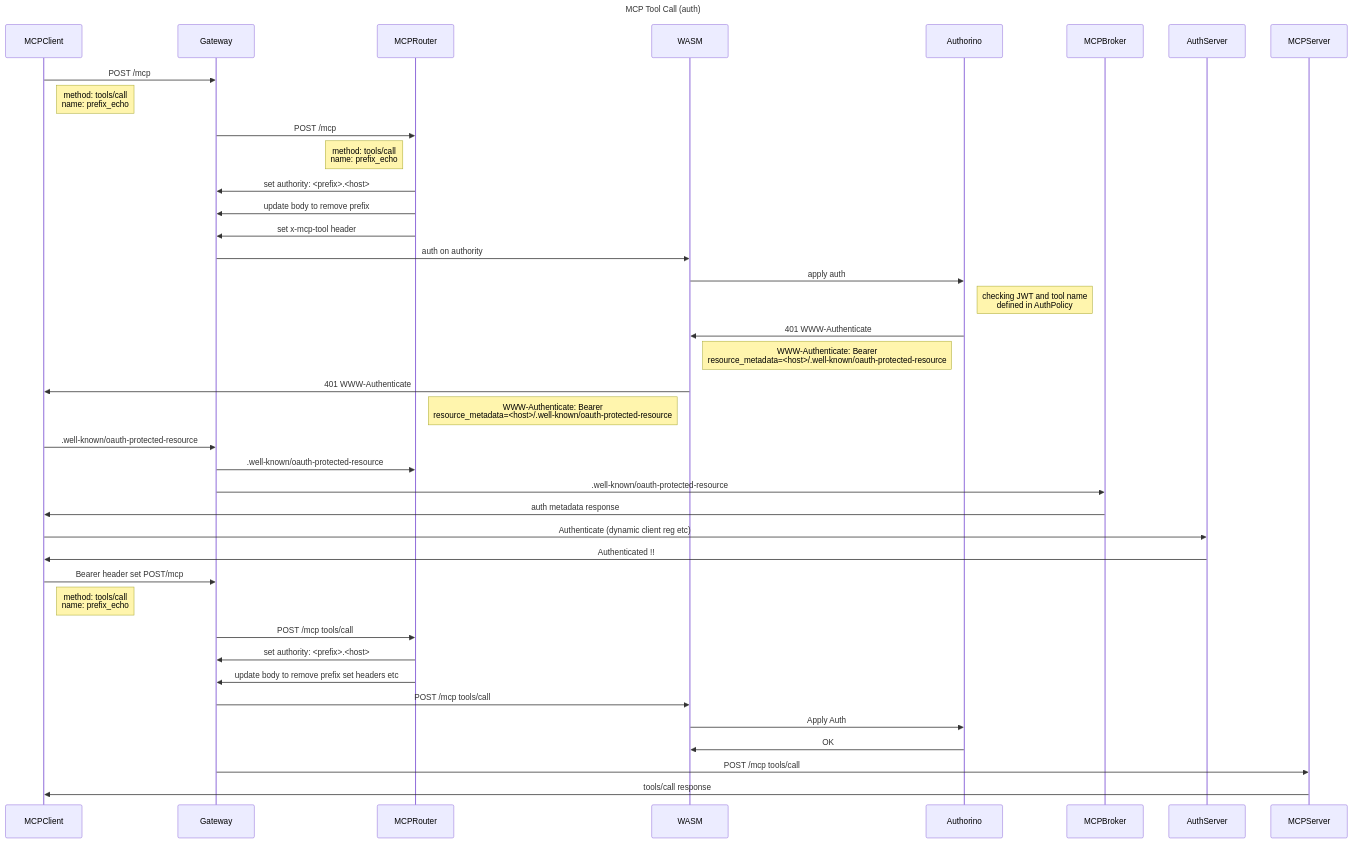
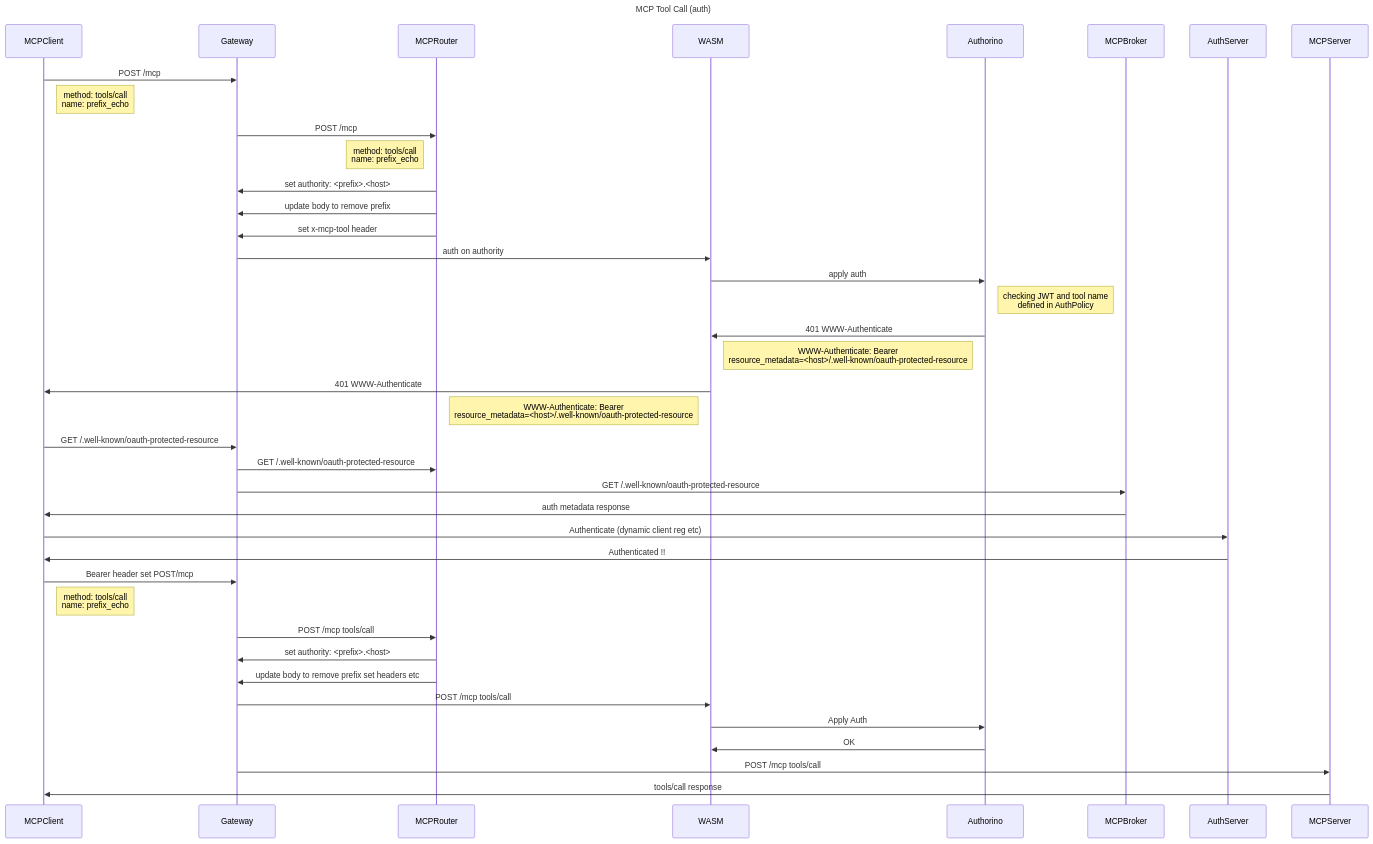
One commit to Kuadrant/mcp-gateway changed the seventh of 7 diagrams in docs/design/flows.md. Above: the diagram before and after it, drawn with Mermaid. The commit also changed 2 other files, not shown here.

Commit message:
docs: address PR review follow-ups

````diff
--- a/docs/design/flows.md
+++ b/docs/design/flows.md
@@ -177,34 +177,34 @@
 ```mermaid
 sequenceDiagram
         title MCP Tool Call (auth)
         MCPClient->>Gateway: POST /mcp
         note right of MCPClient: method: tools/call <br/> name: prefix_echo
         Gateway->>MCPRouter: POST /mcp
         note left of MCPRouter: method: tools/call <br/> name: prefix_echo
         MCPRouter->>Gateway: set authority: <prefix>.<host>
         MCPRouter->>Gateway: update body to remove prefix
         MCPRouter->>Gateway: set x-mcp-tool header
         Gateway->>WASM: auth on authority
         WASM->>Authorino: apply auth
         note right of Authorino: checking JWT and tool name <br/> defined in AuthPolicy
         Authorino->>WASM: 401 WWW-Authenticate
         note left of Authorino: WWW-Authenticate: Bearer <br/> resource_metadata=<host>/.well-known/oauth-protected-resource
         WASM->>MCPClient: 401 WWW-Authenticate
         note left of WASM: WWW-Authenticate: Bearer <br/> resource_metadata=<host>/.well-known/oauth-protected-resource
-        MCPClient->>Gateway: .well-known/oauth-protected-resource
-        Gateway->>MCPRouter: .well-known/oauth-protected-resource
-        Gateway->>MCPBroker: .well-known/oauth-protected-resource
+        MCPClient->>Gateway: GET /.well-known/oauth-protected-resource
+        Gateway->>MCPRouter: GET /.well-known/oauth-protected-resource
+        Gateway->>MCPBroker: GET /.well-known/oauth-protected-resource
         MCPBroker->>MCPClient: auth metadata response
         MCPClient->>AuthServer: Authenticate (dynamic client reg etc)
         AuthServer->>MCPClient: Authenticated !!
         MCPClient->>Gateway: Bearer header set POST/mcp
         note right of MCPClient: method: tools/call <br/> name: prefix_echo
         Gateway->>MCPRouter: POST /mcp tools/call
         MCPRouter->>Gateway: set authority: <prefix>.<host>
         MCPRouter->>Gateway: update body to remove prefix set headers etc
         Gateway->>WASM: POST /mcp tools/call
         WASM->>Authorino: Apply Auth
         Authorino->>WASM: OK
         Gateway->>MCPServer: POST /mcp tools/call
         MCPServer->>MCPClient: tools/call response
 ```
````
